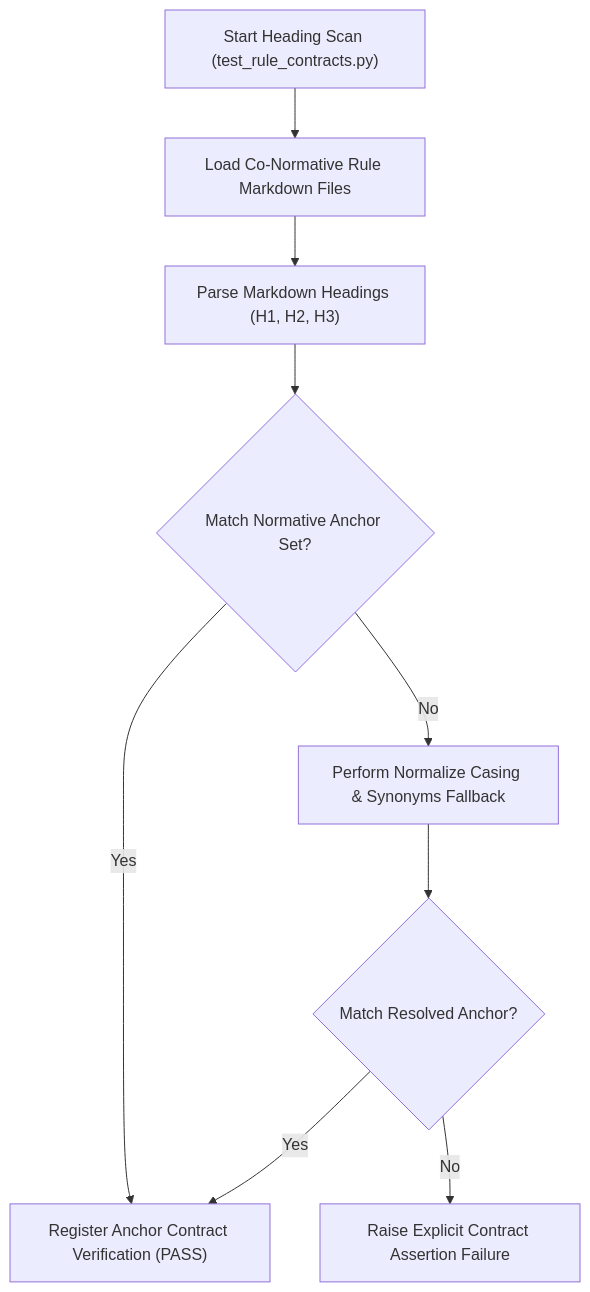
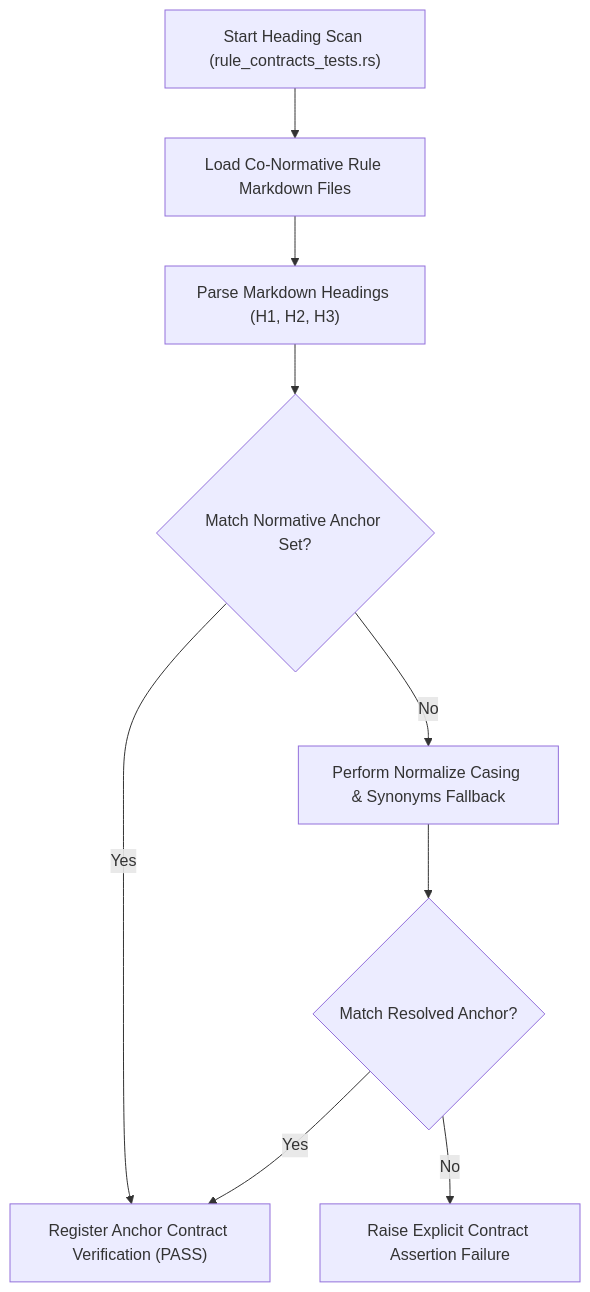
The first of 3 diagrams in docs/designs/zero-skip-test-remediation-blueprint.md (gintatkinson/DEAP01-spec-core), drawn with Mermaid before and after one commit. The commit also changed other lines of this file and 162 other files, not shown here.

````diff
--- a/docs/designs/zero-skip-test-remediation-blueprint.md
+++ b/docs/designs/zero-skip-test-remediation-blueprint.md
@@ -52,11 +52,11 @@
 ```mermaid
 flowchart TD
-    A["Start Heading Scan (test_rule_contracts.py)"] --> B["Load Co-Normative Rule Markdown Files"]
+    A["Start Heading Scan (rule_contracts_tests.rs)"] --> B["Load Co-Normative Rule Markdown Files"]
     B --> C["Parse Markdown Headings (H1, H2, H3)"]
     C --> D{"Match Normative Anchor Set?"}
     D -- "Yes" --> E["Register Anchor Contract Verification (PASS)"]
     D -- "No" --> F["Perform Normalize Casing & Synonyms Fallback"]
     F --> G{"Match Resolved Anchor?"}
     G -- "Yes" --> E
     G -- "No" --> H["Raise Explicit Contract Assertion Failure"]
 ```
````
